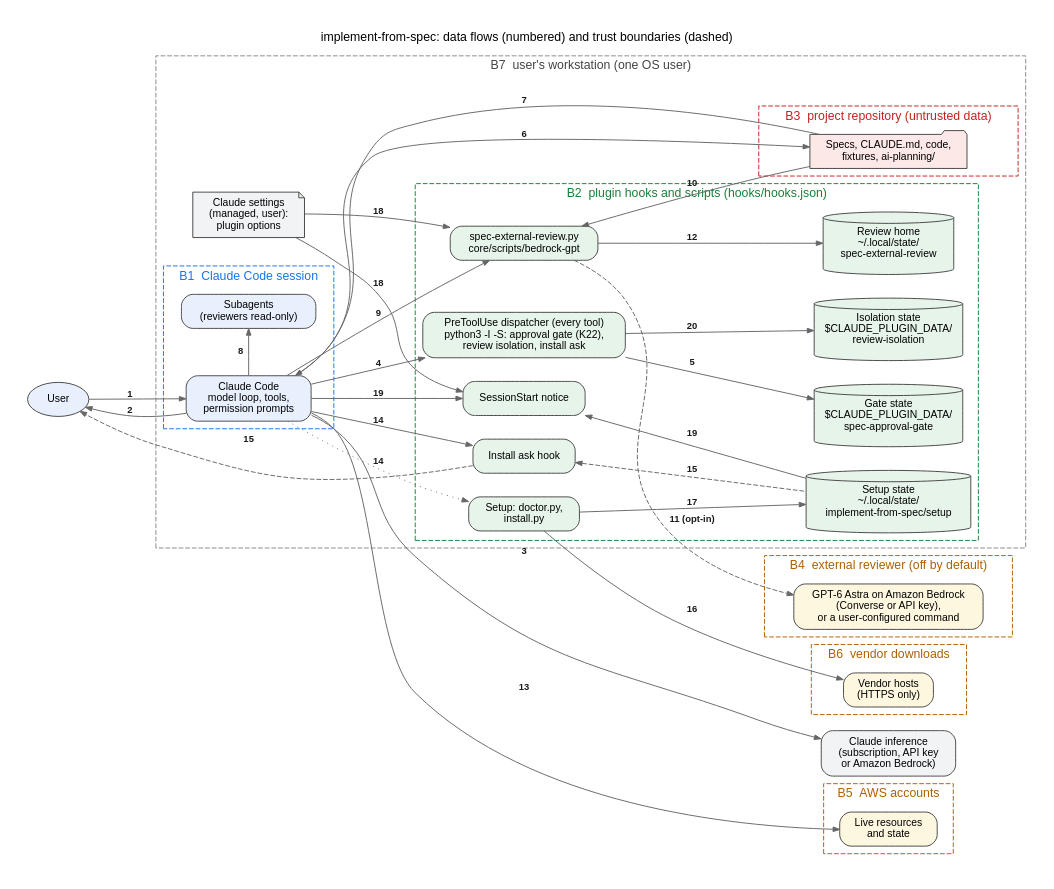
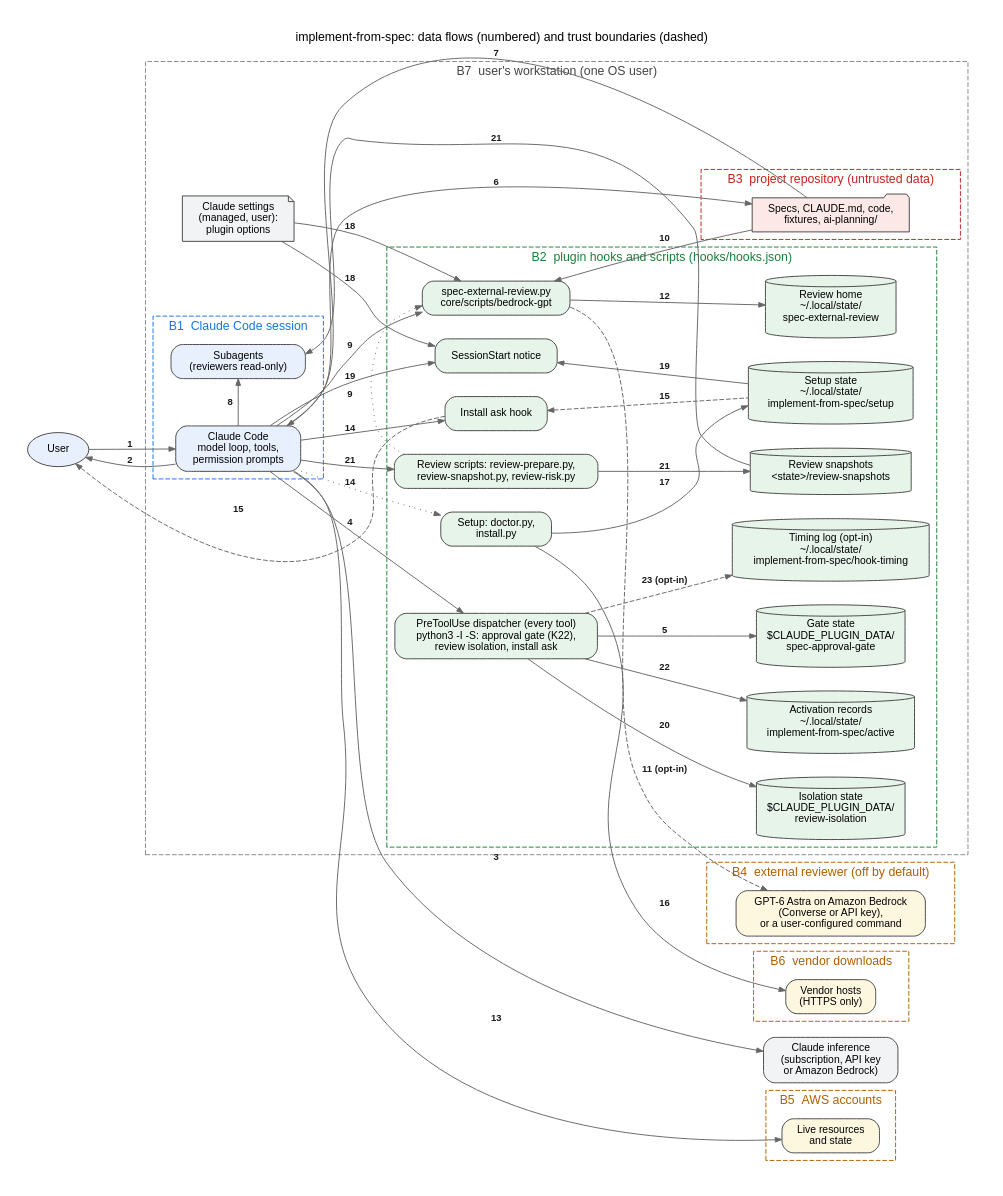
Before and after one commit to awslabs/implement-from-spec: the diagram in docs/security/threat-model.dot, drawn with Graphviz. The commit also changed 11 other files, not shown here.

```diff
--- a/docs/security/threat-model.dot
+++ b/docs/security/threat-model.dot
@@ -1,89 +1,99 @@
 // Data flows and trust boundaries of the implement-from-spec plugin (docs/security/threat-model.md).
 // Edge numbers are the flows of the threat model's "Data flows" list. Only what a release ships is drawn;
 // the maintainers' test harness is out of scope.
 // Render: dot -Tsvg docs/security/threat-model.dot -o docs/security/threat-model.svg
 digraph threat_model {
   graph [rankdir=LR, newrank=true, fontname="Helvetica", fontsize=13, nodesep=0.35, ranksep=1.1, pad=0.3,
          splines=true, label="implement-from-spec: data flows (numbered) and trust boundaries (dashed)",
          labelloc=t];
   node  [fontname="Helvetica", fontsize=11, shape=box, style="rounded,filled", fillcolor="#FFFFFF",
          color="#444444", margin="0.15,0.08"];
   edge  [fontname="Helvetica-Bold", fontsize=10, fontcolor="#1A1A1A", color="#666666", arrowsize=0.7];
 
   user [label="User", shape=ellipse, fillcolor="#E8F0FE"];
 
   subgraph cluster_workstation {
     label="B7  user's workstation (one OS user)"; style="dashed"; color="#888888"; fontcolor="#444444";
 
     subgraph cluster_claude {
       label="B1  Claude Code session"; style="dashed"; color="#1A73E8"; fontcolor="#1A73E8";
       claude [label="Claude Code\nmodel loop, tools,\npermission prompts", fillcolor="#E8F0FE"];
       subagents [label="Subagents\n(reviewers read-only)", fillcolor="#E8F0FE"];
     }
 
     settings [label="Claude settings\n(managed, user):\nplugin options", shape=note, fillcolor="#F1F3F4"];
 
     subgraph cluster_plugin {
       label="B2  plugin hooks and scripts (hooks/hooks.json)"; style="dashed"; color="#188038"; fontcolor="#188038";
       gate [label="PreToolUse dispatcher (every tool)\npython3 -I -S: approval gate (K22),\nreview isolation, install ask", fillcolor="#E6F4EA"];
       askhook [label="Install ask hook", fillcolor="#E6F4EA"];
       notice [label="SessionStart notice", fillcolor="#E6F4EA"];
       review [label="spec-external-review.py\ncore/scripts/bedrock-gpt", fillcolor="#E6F4EA"];
+      revscripts [label="Review scripts: review-prepare.py,\nreview-snapshot.py, review-risk.py", fillcolor="#E6F4EA"];
       installer [label="Setup: doctor.py,\ninstall.py", fillcolor="#E6F4EA"];
       gatestate [label="Gate state\n$CLAUDE_PLUGIN_DATA/\nspec-approval-gate", shape=cylinder, fillcolor="#E6F4EA"];
       isostate [label="Isolation state\n$CLAUDE_PLUGIN_DATA/\nreview-isolation", shape=cylinder, fillcolor="#E6F4EA"];
       reviewhome [label="Review home\n~/.local/state/\nspec-external-review", shape=cylinder, fillcolor="#E6F4EA"];
       setupstate [label="Setup state\n~/.local/state/\nimplement-from-spec/setup", shape=cylinder, fillcolor="#E6F4EA"];
+      snapshots [label="Review snapshots\n<state>/review-snapshots", shape=cylinder, fillcolor="#E6F4EA"];
+      active [label="Activation records\n~/.local/state/\nimplement-from-spec/active", shape=cylinder, fillcolor="#E6F4EA"];
+      timing [label="Timing log (opt-in)\n~/.local/state/\nimplement-from-spec/hook-timing", shape=cylinder, fillcolor="#E6F4EA"];
     }
 
     subgraph cluster_repo {
       label="B3  project repository (untrusted data)"; style="dashed"; color="#C5221F"; fontcolor="#C5221F";
       repo [label="Specs, CLAUDE.md, code,\nfixtures, ai-planning/", shape=folder, fillcolor="#FCE8E6"];
     }
   }
 
   inference [label="Claude inference\n(subscription, API key\nor Amazon Bedrock)", fillcolor="#F1F3F4"];
 
   subgraph cluster_reviewer {
     label="B4  external reviewer (off by default)"; style="dashed"; color="#B06000"; fontcolor="#B06000";
     reviewer [label="GPT-6 Astra on Amazon Bedrock\n(Converse or API key),\nor a user-configured command", fillcolor="#FEF7E0"];
   }
   subgraph cluster_aws {
     label="B5  AWS accounts"; style="dashed"; color="#B06000"; fontcolor="#B06000";
     aws [label="Live resources\nand state", fillcolor="#FEF7E0"];
   }
   subgraph cluster_vendors {
     label="B6  vendor downloads"; style="dashed"; color="#B06000"; fontcolor="#B06000";
     vendors [label="Vendor hosts\n(HTTPS only)", fillcolor="#FEF7E0"];
   }
 
   { rank=same; claude; subagents; }
-  { rank=same; gate; askhook; notice; review; installer; }
-  { rank=same; gatestate; reviewhome; setupstate; }
+  { rank=same; gate; askhook; notice; review; revscripts; installer; }
+  { rank=same; gatestate; reviewhome; setupstate; snapshots; }
   { rank=same; inference; reviewer; aws; vendors; }
 
   user -> claude [label="1"];
   claude -> user [label="2"];
   claude -> inference [label="3"];
   claude -> gate [label="4"];
   gate -> gatestate [label="5"];
   claude -> repo [label="6"];
   repo -> claude [label="7"];
   claude -> subagents [label="8"];
   claude -> review [label="9"];
   review -> repo [label="10", dir=back];
   review -> reviewer [label="11 (opt-in)", style=dashed];
   review -> reviewhome [label="12"];
   claude -> aws [label="13"];
   claude -> askhook [label="14"];
   claude -> installer [label="14", style=dotted];
   askhook -> user [label="15", style=dashed, constraint=false];
   askhook -> setupstate [label="15", dir=back, style=dashed];
   installer -> vendors [label="16"];
   installer -> setupstate [label="17"];
   settings -> review [label="18"];
   settings -> notice [label="18"];
   claude -> notice [label="19"];
   notice -> setupstate [label="19", dir=back];
   gate -> isostate [label="20"];
+  claude -> revscripts [label="21"];
+  revscripts -> snapshots [label="21"];
+  snapshots -> subagents [label="21", constraint=false];
+  revscripts -> review [label="9", style=dotted];
+  gate -> active [label="22"];
+  gate -> timing [label="23 (opt-in)", style=dashed];
 }
```
